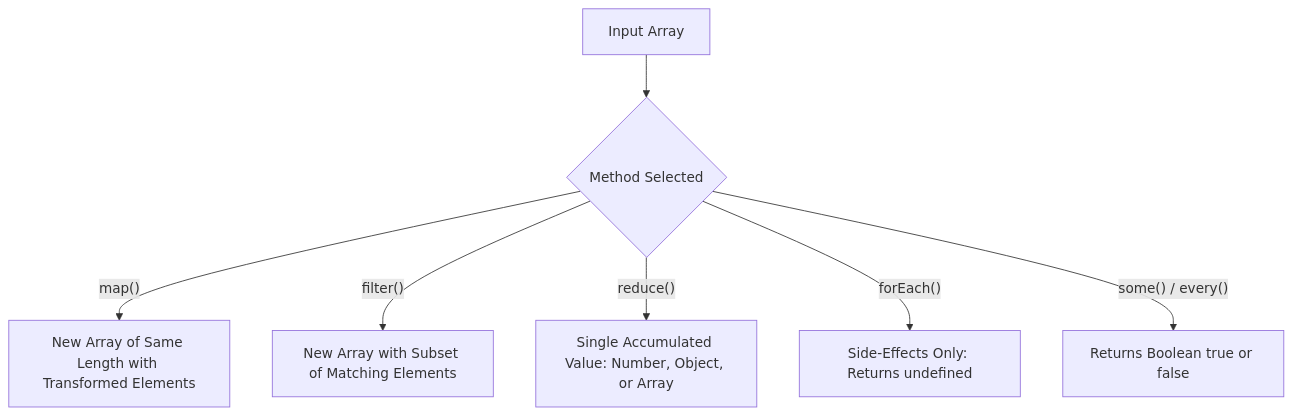
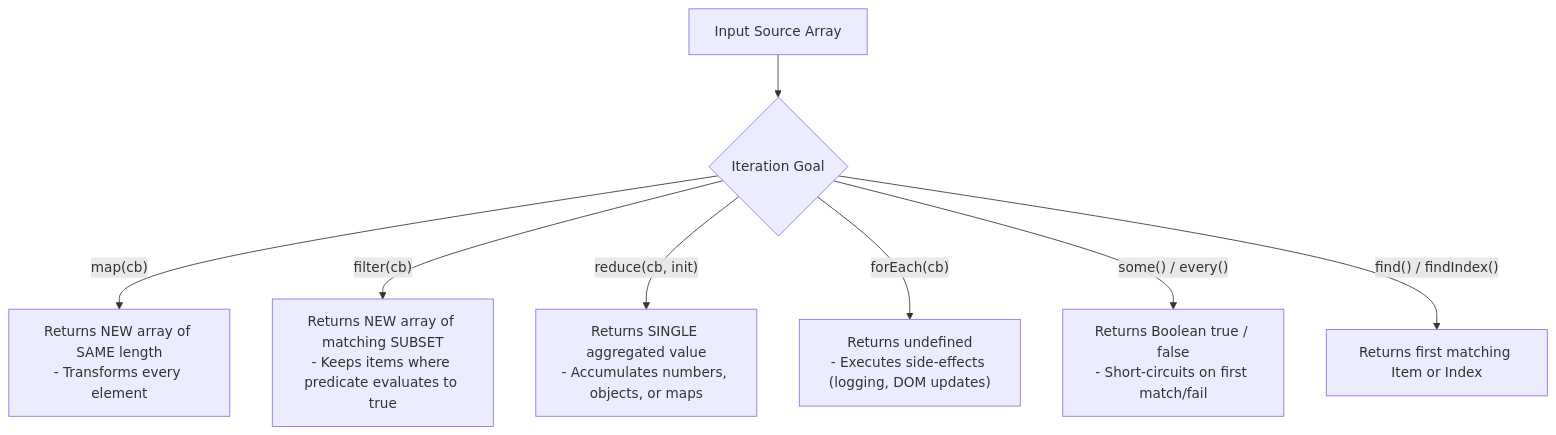
Before and after one commit to Amie-dev/engineering-playbook: the first of 3 diagrams in js-notes/11-array-methods.md, drawn with Mermaid. The commit also changed other lines of this file and 42 other files, not shown here.

````diff
--- a/js-notes/11-array-methods.md
+++ b/js-notes/11-array-methods.md
@@ -10,9 +15,11 @@
 ```mermaid
-graph TD
-    Input[Input Array] --> Method{Method Selected}
-    Method -- "map()" --> MapRes[New Array of Same Length with Transformed Elements]
-    Method -- "filter()" --> FilterRes[New Array with Subset of Matching Elements]
-    Method -- "reduce()" --> ReduceRes[Single Accumulated Value: Number, Object, or Array]
-    Method -- "forEach()" --> SideEffect[Side-Effects Only: Returns undefined]
-    Method -- "some() / every()" --> BoolRes[Returns Boolean true or false]
+flowchart TD
+    InputArr[Input Source Array] --> MethodSelect{Iteration Goal}
+
+    MethodSelect -- "map(cb)" --> MapOut["Returns NEW array of SAME length<br/>- Transforms every element"]
+    MethodSelect -- "filter(cb)" --> FilterOut["Returns NEW array of matching SUBSET<br/>- Keeps items where predicate evaluates to true"]
+    MethodSelect -- "reduce(cb, init)" --> ReduceOut["Returns SINGLE aggregated value<br/>- Accumulates numbers, objects, or maps"]
+    MethodSelect -- "forEach(cb)" --> SideEffect["Returns undefined<br/>- Executes side-effects (logging, DOM updates)"]
+    MethodSelect -- "some() / every()" --> BoolOut["Returns Boolean true / false<br/>- Short-circuits on first match/fail"]
+    MethodSelect -- "find() / findIndex()" --> SearchOut["Returns first matching Item or Index"]
 ```
````
